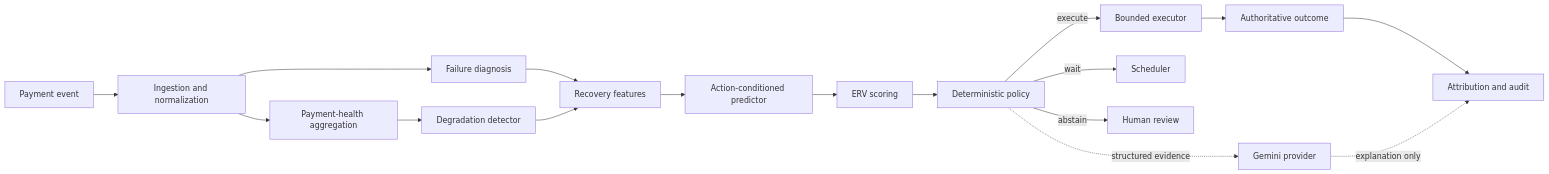
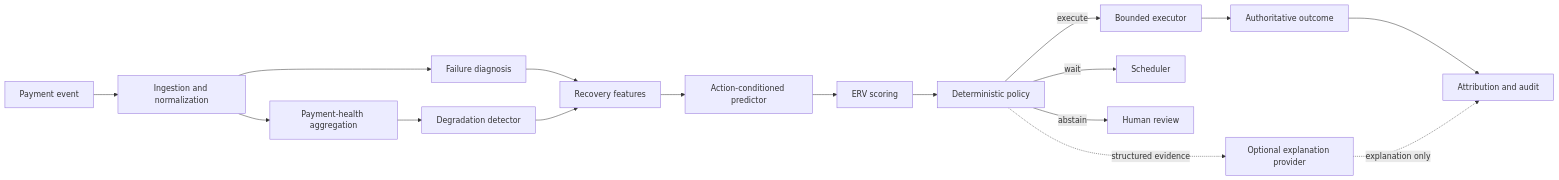
Before and after one commit to rakesh-vajrapu/RecoveryIQ: the first of 3 diagrams in docs/ARCHITECTURE.md, drawn with Mermaid. The commit also changed other lines of this file and 25 other files, not shown here.

Commit message:
feat: finalize explanation and test mode evidence

````diff
--- a/docs/ARCHITECTURE.md
+++ b/docs/ARCHITECTURE.md
@@ -7,19 +7,19 @@
 ```mermaid
 flowchart LR
     E[Payment event] --> I[Ingestion and normalization]
     I --> H[Payment-health aggregation]
     I --> D[Failure diagnosis]
     H --> G[Degradation detector]
     D --> F[Recovery features]
     G --> F
     F --> M[Action-conditioned predictor]
     M --> V[ERV scoring]
     V --> P[Deterministic policy]
     P -->|execute| X[Bounded executor]
     P -->|wait| W[Scheduler]
     P -->|abstain| R[Human review]
     X --> O[Authoritative outcome]
     O --> A[Attribution and audit]
-    P -. structured evidence .-> L[Gemini provider]
+    P -. structured evidence .-> L[Optional explanation provider]
     L -. explanation only .-> A
 ```
````
